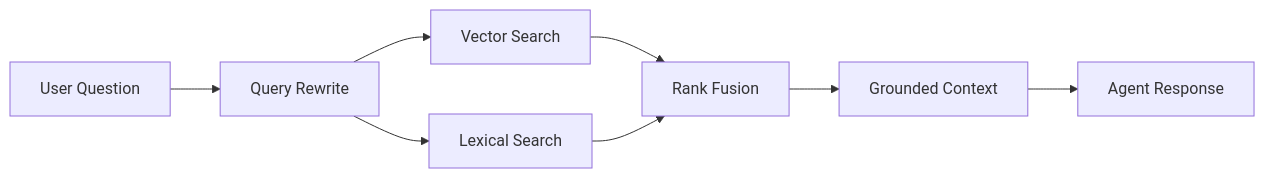
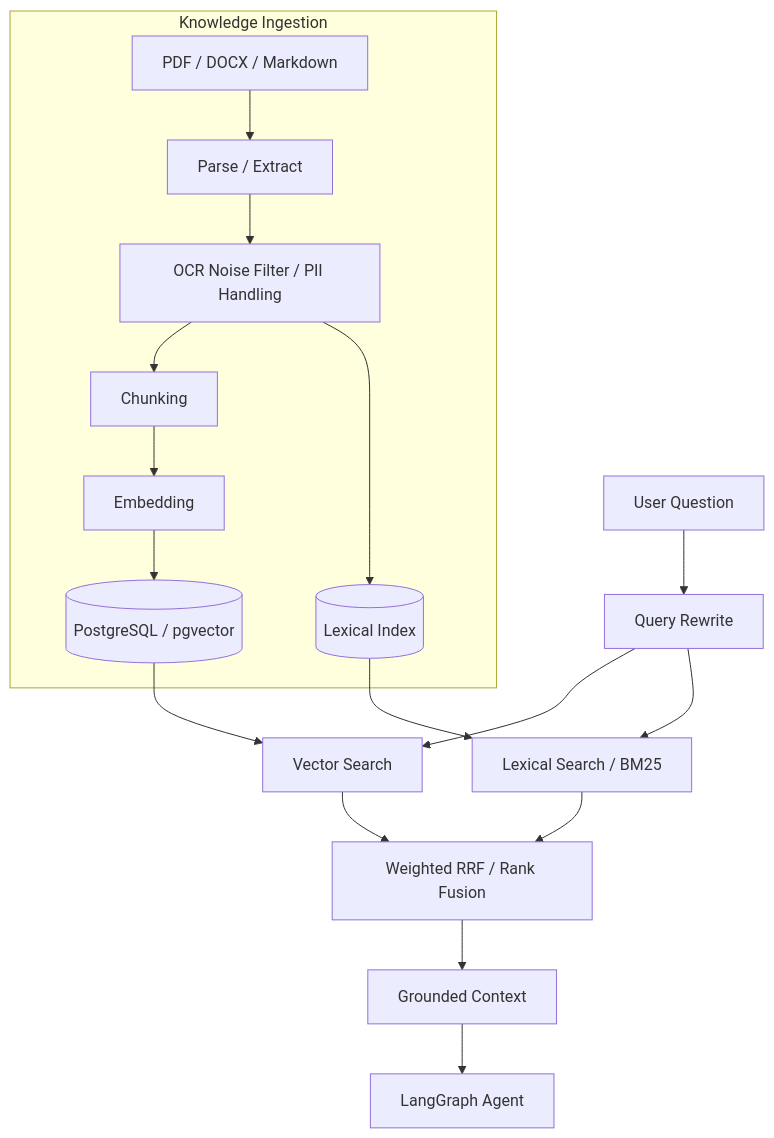
Before and after one commit to yoAkyoku/professional-projects: the diagram in projects/ai-customer-service/diagrams/rag-pipeline.mmd, drawn with Mermaid. The commit also changed 27 other files, not shown here.

```diff
--- a/projects/ai-customer-service/diagrams/rag-pipeline.mmd
+++ b/projects/ai-customer-service/diagrams/rag-pipeline.mmd
@@ -1,8 +1,19 @@
-flowchart LR
+flowchart TB
+    subgraph ingest[Knowledge Ingestion]
+        source[PDF / DOCX / Markdown] --> parse[Parse / Extract]
+        parse --> clean[OCR Noise Filter / PII Handling]
+        clean --> chunk[Chunking]
+        chunk --> embed[Embedding]
+        embed --> index[(PostgreSQL / pgvector)]
+        clean --> lexicalIndex[(Lexical Index)]
+    end
+
     question[User Question] --> rewrite[Query Rewrite]
     rewrite --> vector[Vector Search]
-    rewrite --> lexical[Lexical Search]
-    vector --> merge[Rank Fusion]
+    rewrite --> lexical[Lexical Search / BM25]
+    vector --> merge[Weighted RRF / Rank Fusion]
     lexical --> merge
+    index --> vector
+    lexicalIndex --> lexical
     merge --> context[Grounded Context]
-    context --> agent[Agent Response]
+    context --> agent[LangGraph Agent]
```
